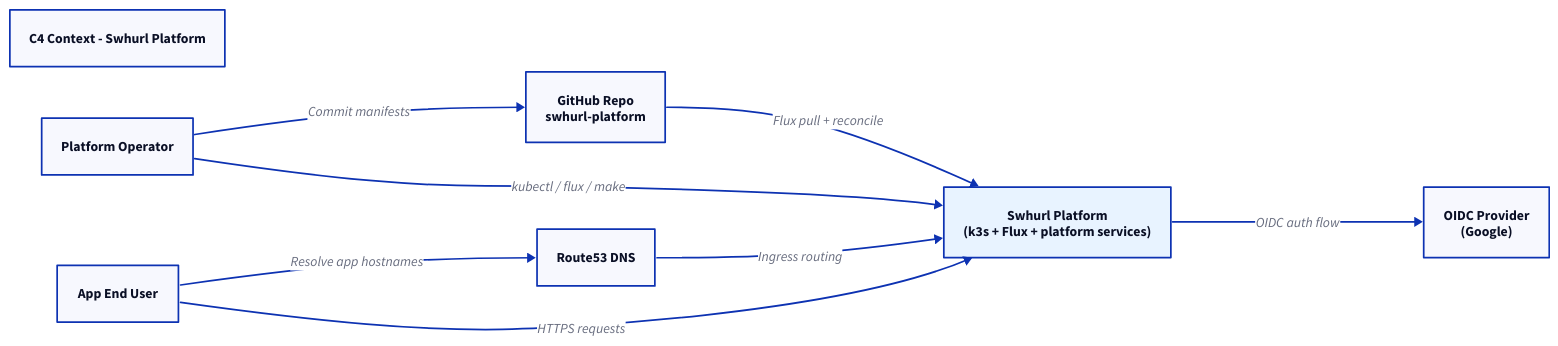
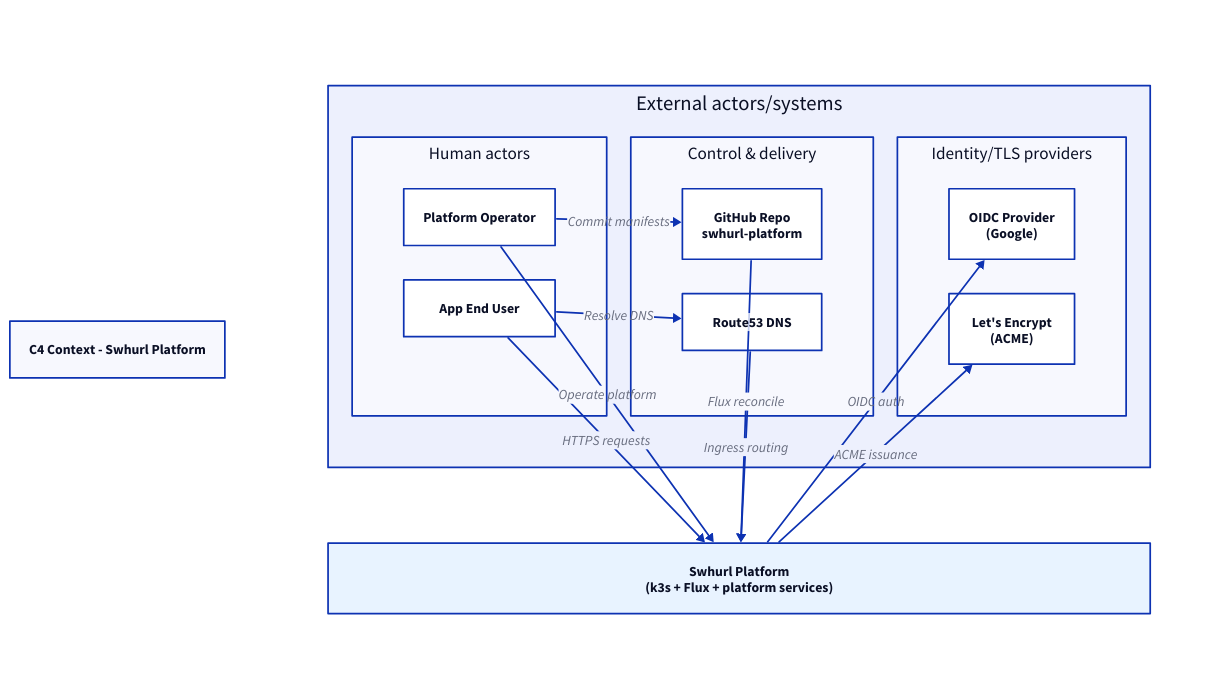
Before and after one commit to samclement/swhurl-platform: the diagram in docs/charts/c4/context.d2, drawn with D2. The commit also changed 6 other files, not shown here.

```diff
--- a/docs/charts/c4/context.d2
+++ b/docs/charts/c4/context.d2
@@ -1,23 +1,48 @@
 title: "C4 Context - Swhurl Platform"
 
-direction: right
+direction: down
 
-operator: "Platform Operator"
-end_user: "App End User"
-github: "GitHub Repo\nswhurl-platform"
-oidc: "OIDC Provider\n(Google)"
-route53: "Route53 DNS"
+layout_rows: "" {
+  grid-rows: 2
+  vertical-gap: 88
+  style.fill: transparent
+  style.stroke: transparent
 
-platform: "Swhurl Platform\n(k3s + Flux + platform services)" {
-  style.fill: "#E8F3FF"
+  external: "External actors/systems" {
+    grid-columns: 3
+    horizontal-gap: 28
+
+    actors: "Human actors" {
+      grid-rows: 2
+      operator: "Platform Operator"
+      end_user: "App End User"
+    }
+
+    control: "Control & delivery" {
+      grid-rows: 2
+      github: "GitHub Repo\nswhurl-platform"
+      route53: "Route53 DNS"
+    }
+
+    providers: "Identity/TLS providers" {
+      grid-rows: 2
+      oidc: "OIDC Provider\n(Google)"
+      letsencrypt: "Let's Encrypt\n(ACME)"
+    }
+  }
+
+  platform: "Swhurl Platform\n(k3s + Flux + platform services)" {
+    style.fill: "#E8F3FF"
+  }
 }
 
-operator -> github: "Commit manifests"
-github -> platform: "Flux pull + reconcile"
-operator -> platform: "kubectl / flux / make"
+layout_rows.external.actors.operator -> layout_rows.external.control.github: "Commit manifests"
+layout_rows.external.control.github -> layout_rows.platform: "Flux reconcile"
+layout_rows.external.actors.operator -> layout_rows.platform: "Operate platform"
 
-end_user -> route53: "Resolve app hostnames"
-route53 -> platform: "Ingress routing"
-end_user -> platform: "HTTPS requests"
+layout_rows.external.actors.end_user -> layout_rows.external.control.route53: "Resolve DNS"
+layout_rows.external.control.route53 -> layout_rows.platform: "Ingress routing"
+layout_rows.external.actors.end_user -> layout_rows.platform: "HTTPS requests"
 
-platform -> oidc: "OIDC auth flow"
+layout_rows.platform -> layout_rows.external.providers.oidc: "OIDC auth"
+layout_rows.platform -> layout_rows.external.providers.letsencrypt: "ACME issuance"
```
